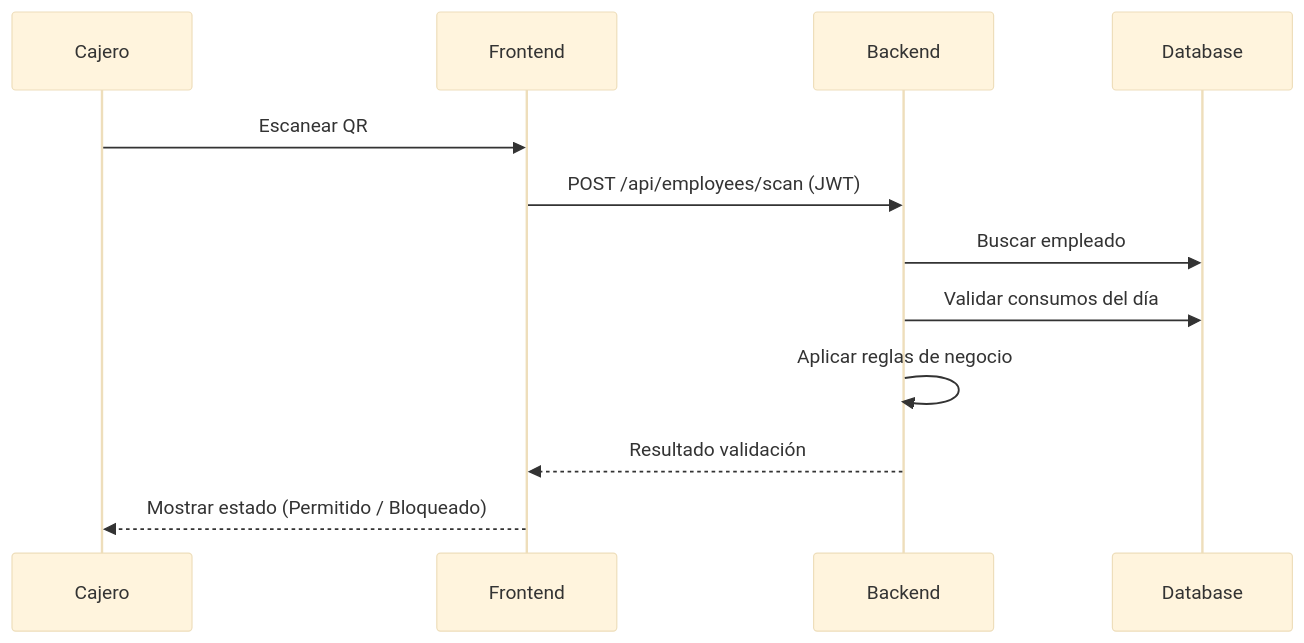
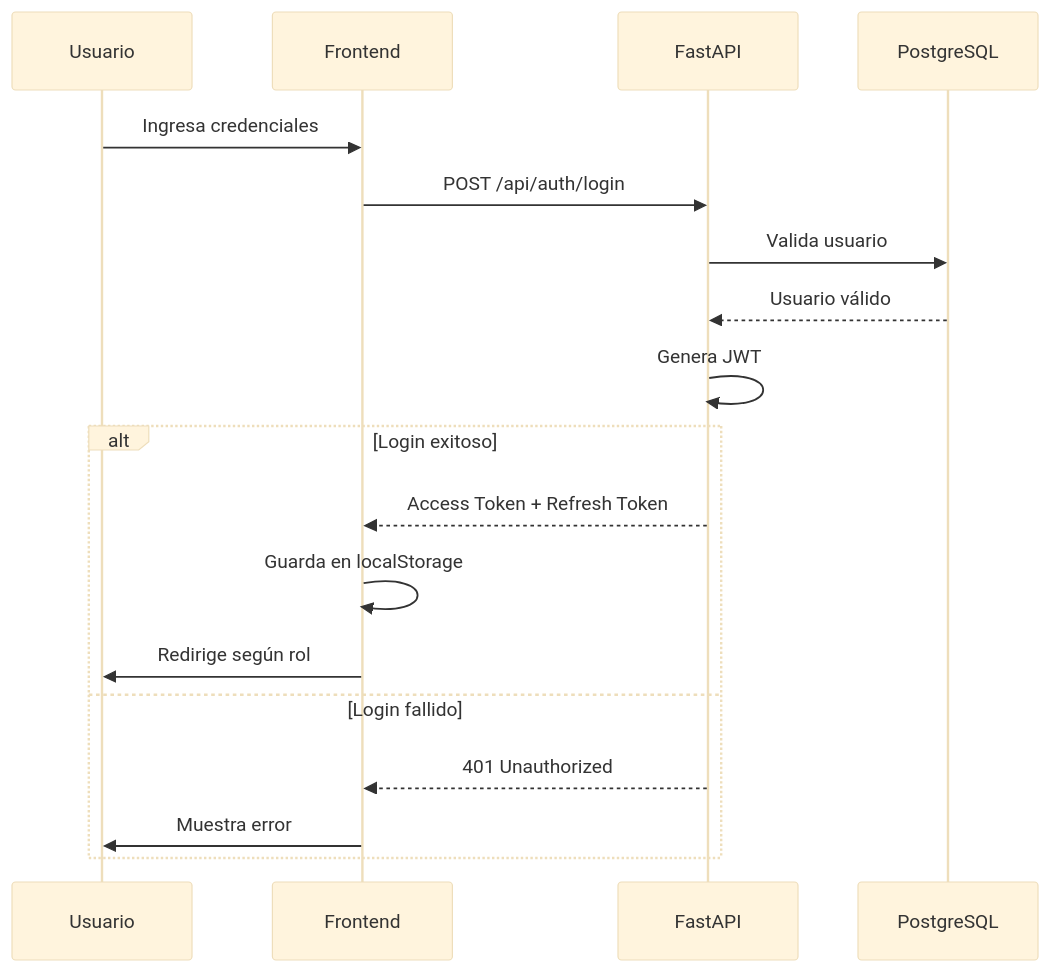
The second of 7 diagrams in README.md (gproatechnology/Sintel-GPF1-Mexico), drawn with Mermaid (base theme) before and after one commit. The commit also changed other lines of this file and 23396 other files, not shown here.

````diff
--- a/README.md
+++ b/README.md
@@ -53,15 +54,22 @@
 ```mermaid
 sequenceDiagram
-participant U as Cajero
-participant F as Frontend
-participant B as Backend
-participant DB as Database
-
-U->>F: Escanear QR
-F->>B: POST /api/employees/scan (JWT)
-B->>DB: Buscar empleado
-B->>DB: Validar consumos del día
-B->>B: Aplicar reglas de negocio
-B-->>F: Resultado validación
-F-->>U: Mostrar estado (Permitido / Bloqueado)
+    participant U as Usuario
+    participant FE as Frontend
+    participant API as FastAPI
+    participant DB as PostgreSQL
+    
+    U->>FE: Ingresa credenciales
+    FE->>API: POST /api/auth/login
+    API->>DB: Valida usuario
+    DB-->>API: Usuario válido
+    API->>API: Genera JWT
+    
+    alt Login exitoso
+        API-->>FE: Access Token + Refresh Token
+        FE->>FE: Guarda en localStorage
+        FE->>U: Redirige según rol
+    else Login fallido
+        API-->>FE: 401 Unauthorized
+        FE->>U: Muestra error
+    end
 ```
````
